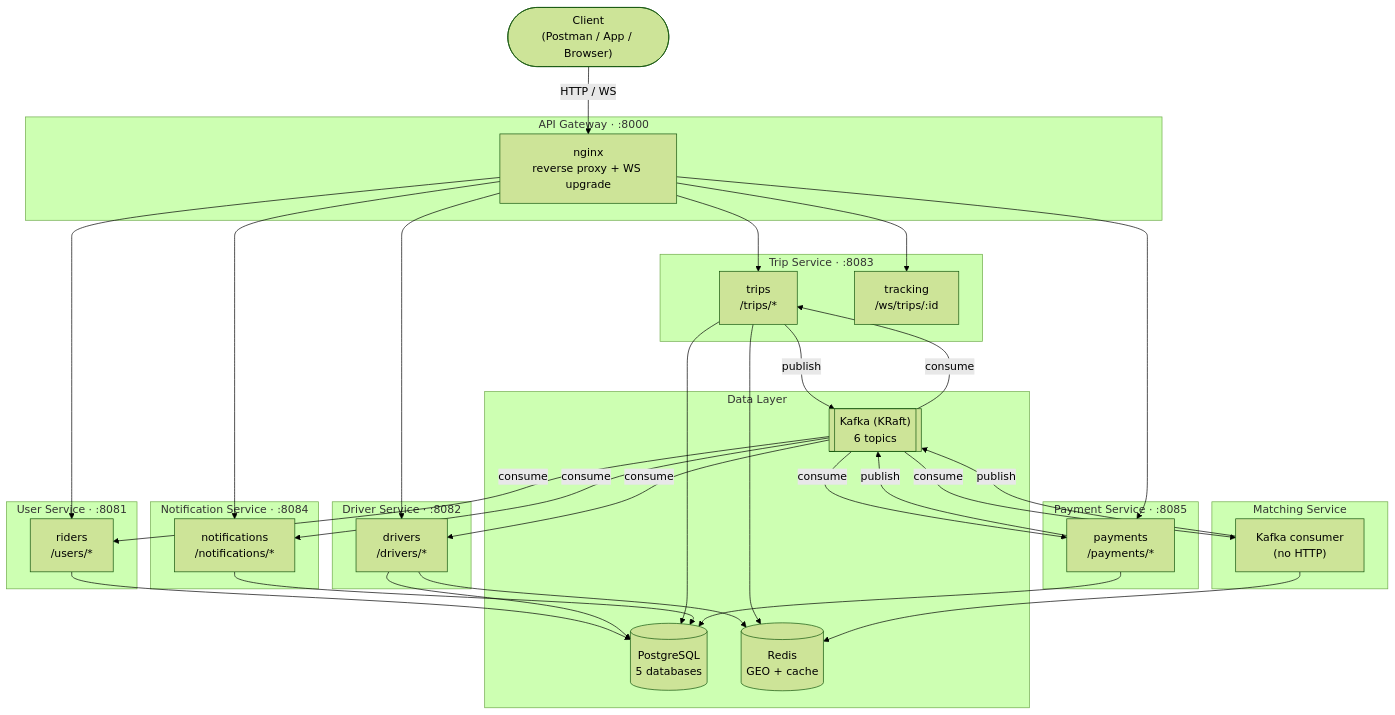
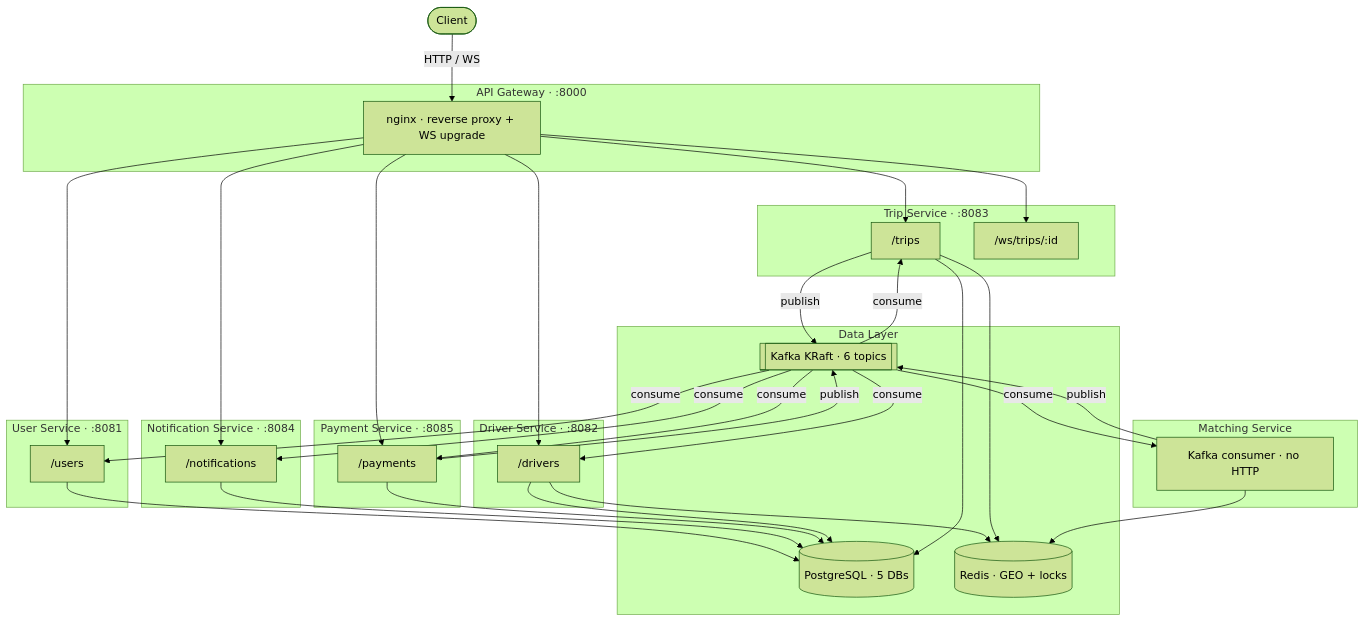
Before and after one commit to SaiKrishnaMulukutla/uber: the diagram in README.md, drawn with Mermaid (forest theme). The commit also changed other lines of this file and 19 other files, not shown here.

Commit message:
fixed end-to-end flow gaps

````diff
--- a/README.md
+++ b/README.md
@@ -7,49 +9,44 @@
 ```mermaid
 flowchart TD
-    Client(["Client\n(Postman / App / Browser)"])
+    Client(["Client"])
 
     subgraph Gateway["API Gateway · :8000"]
-        Nginx["nginx\nreverse proxy + WS upgrade"]
+        Nginx["nginx · reverse proxy + WS upgrade"]
     end
 
     subgraph UserSvc["User Service · :8081"]
-        U["riders\n/users/*"]
+        U["/users"]
     end
     subgraph DriverSvc["Driver Service · :8082"]
-        D["drivers\n/drivers/*"]
+        D["/drivers"]
     end
     subgraph TripSvc["Trip Service · :8083"]
-        T["trips\n/trips/*"]
-        WS["tracking\n/ws/trips/:id"]
+        T["/trips"]
+        WS["/ws/trips/:id"]
     end
     subgraph MatchSvc["Matching Service"]
-        M["Kafka consumer\n(no HTTP)"]
+        M["Kafka consumer · no HTTP"]
     end
     subgraph NotifSvc["Notification Service · :8084"]
-        N["notifications\n/notifications/*"]
+        N["/notifications"]
     end
     subgraph PaySvc["Payment Service · :8085"]
-        P["payments\n/payments/*"]
+        P["/payments"]
     end
 
     subgraph Data["Data Layer"]
-        PG[("PostgreSQL\n5 databases")]
-        Redis[("Redis\nGEO + cache")]
-        Kafka[["Kafka (KRaft)\n6 topics"]]
+        PG[("PostgreSQL · 5 DBs")]
+        Redis[("Redis · GEO + locks")]
+        Kafka[["Kafka KRaft · 6 topics"]]
     end
 
     Client -->|HTTP / WS| Nginx
     Nginx --> U & D & T & WS & N & P
 
-    U --> PG
-    D --> PG & Redis
-    T --> PG & Redis
-    N --> PG
-    P --> PG
-
-    T -->|publish| Kafka
-    P -->|publish| Kafka
+    U & N & P --> PG
+    D & T --> PG & Redis
+    T & P -->|publish| Kafka
     Kafka -->|consume| M & D & U & N & P & T
     M --> Redis
     M -->|publish| Kafka
 ```
````
